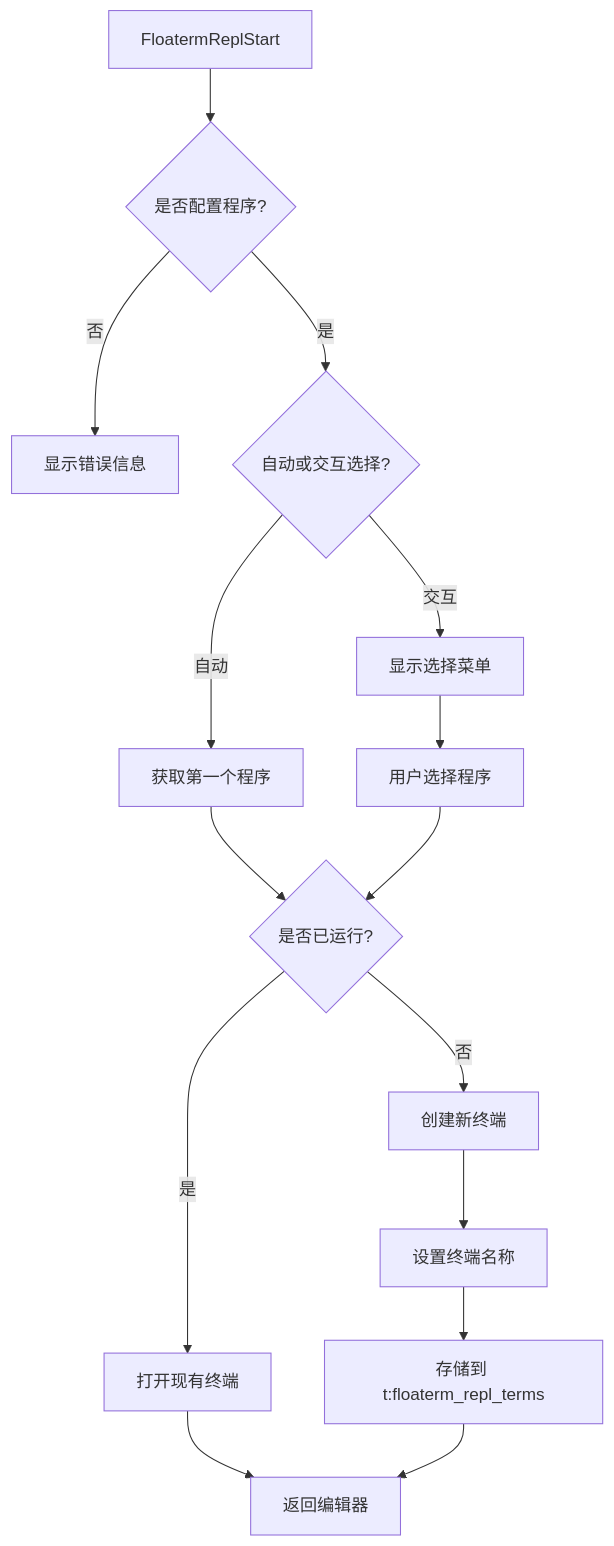
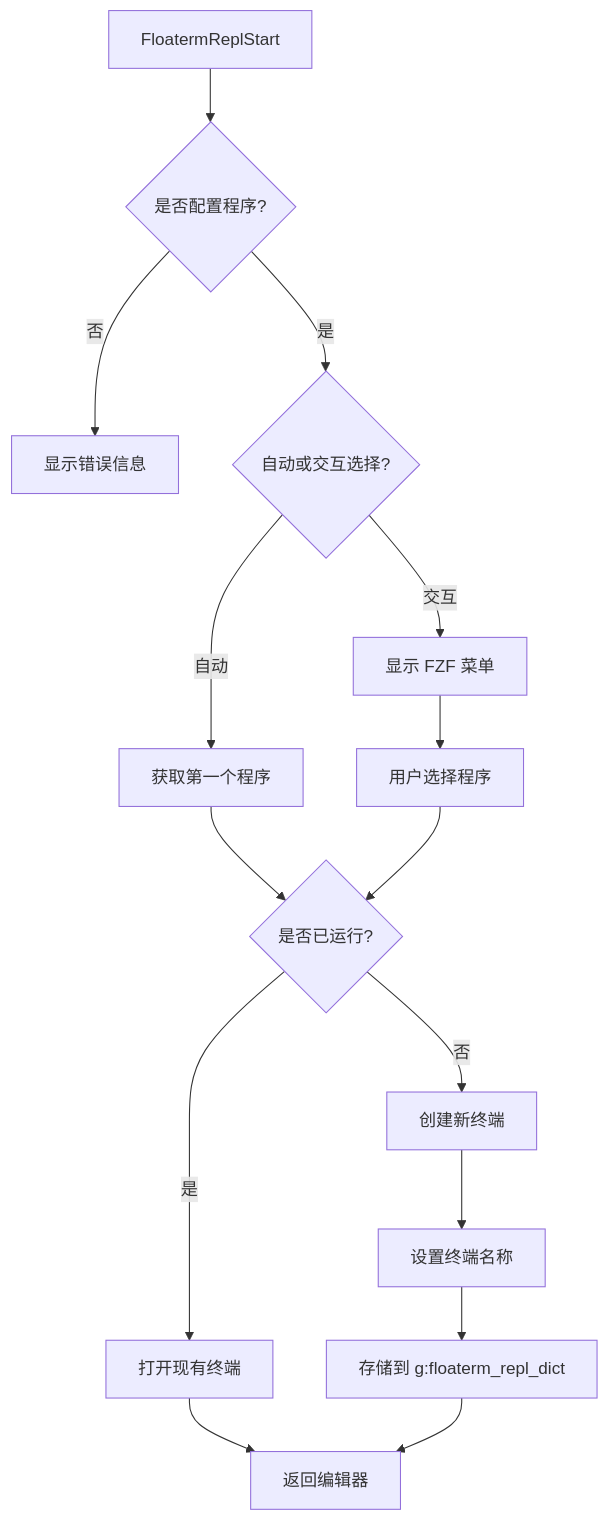
One commit to leoatchina/leovim changed the diagram in conf.d/pack/leo/opt/vim-floaterm-enhance/README_cn.md. Above: the diagram before and after it, drawn with Mermaid. The commit also changed other lines of this file and 1 other file, not shown here.

````diff
--- a/conf.d/pack/leo/opt/vim-floaterm-enhance/README_cn.md
+++ b/conf.d/pack/leo/opt/vim-floaterm-enhance/README_cn.md
@@ -14,17 +11,17 @@
 ```mermaid
 graph TB
     Start[FloatermReplStart] --> Check{是否配置程序?}
     Check -->|否| Error[显示错误信息]
     Check -->|是| SelectMode{自动或交互选择?}
     SelectMode -->|自动| GetFirst[获取第一个程序]
-    SelectMode -->|交互| ShowMenu[显示选择菜单]
+    SelectMode -->|交互| ShowMenu[显示 FZF 菜单]
     GetFirst --> CheckRunning{是否已运行?}
     ShowMenu --> UserSelect[用户选择程序]
     UserSelect --> CheckRunning
     CheckRunning -->|是| OpenExist[打开现有终端]
     CheckRunning -->|否| CreateNew[创建新终端]
     CreateNew --> SetName[设置终端名称]
-    SetName --> StoreMap[存储到 t:floaterm_repl_terms]
+    SetName --> StoreMap[存储到 g:floaterm_repl_dict]
     OpenExist --> Return[返回编辑器]
     StoreMap --> Return
 ```
````
